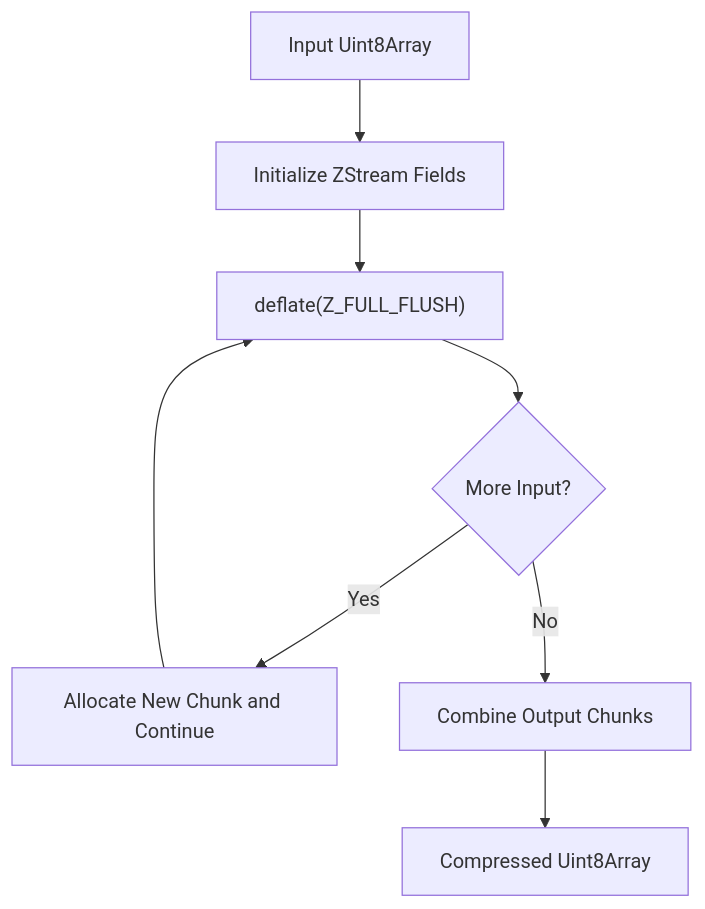
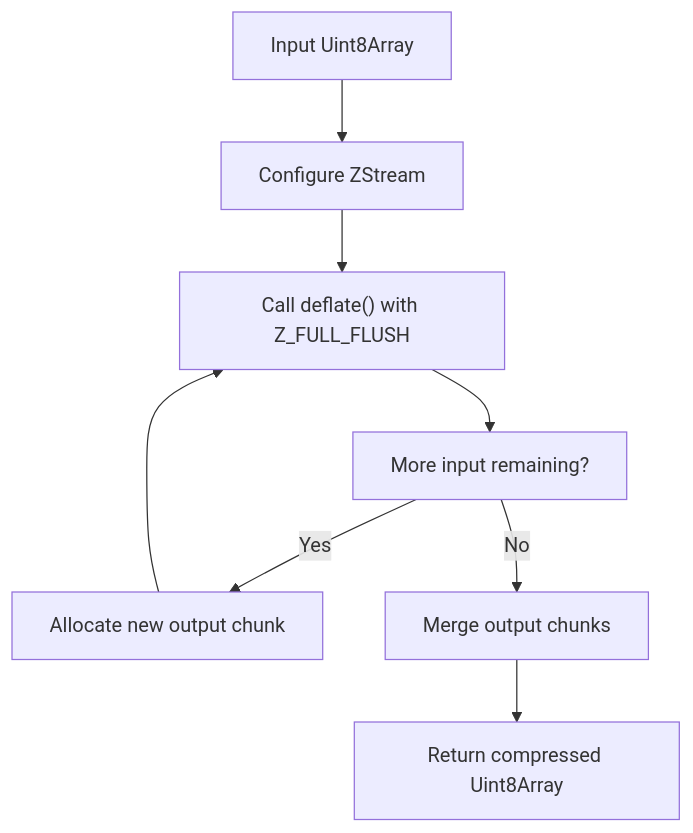
One commit to Ylianst/MeshCentral changed the second of 3 diagrams in docs/reference/architecture/compression/compression.md. Above: the diagram before and after it, drawn with Mermaid. The commit also changed other lines of this file and 642 other files, not shown here.

````diff
--- a/docs/reference/architecture/compression/compression.md
+++ b/docs/reference/architecture/compression/compression.md
@@ -79,10 +82,10 @@
 ```mermaid
 flowchart TD
-    Input["Input Uint8Array"] --> Setup["Initialize ZStream Fields"]
-    Setup --> DeflateCall["deflate(Z_FULL_FLUSH)"]
-    DeflateCall --> CheckRemaining{"More Input?"}
-    CheckRemaining -->|"Yes"| ChunkLoop["Allocate New Chunk and Continue"]
-    ChunkLoop --> DeflateCall
-    CheckRemaining -->|"No"| Combine["Combine Output Chunks"]
-    Combine --> Output["Compressed Uint8Array"]
+    Start["Input Uint8Array"] --> Setup["Configure ZStream"]
+    Setup --> DeflateCall["Call deflate() with Z_FULL_FLUSH"]
+    DeflateCall --> Check["More input remaining?"]
+    Check -->|"Yes"| Chunk["Allocate new output chunk"]
+    Chunk --> DeflateCall
+    Check -->|"No"| Combine["Merge output chunks"]
+    Combine --> EndNode["Return compressed Uint8Array"]
 ```
````
